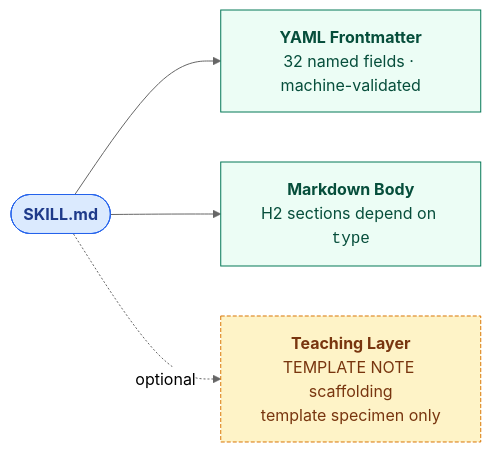
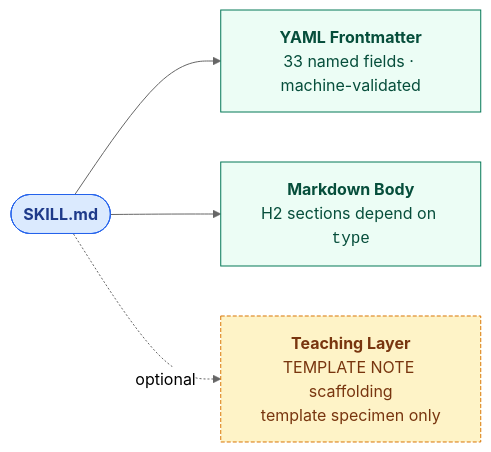
Before and after one commit to jacob-balslev/skill-graph: the diagram in docs/skill-metadata-protocol.md, drawn with Mermaid (neutral theme). The commit also changed 9 other files, not shown here.

````diff
--- a/docs/skill-metadata-protocol.md
+++ b/docs/skill-metadata-protocol.md
@@ -206,18 +206,18 @@
 ```mermaid
 flowchart LR
   Skill(["<b>SKILL.md</b>"])
-  FM["<b>YAML Frontmatter</b><br/>32 named fields · machine-validated"]
+  FM["<b>YAML Frontmatter</b><br/>33 named fields · machine-validated"]
   Body["<b>Markdown Body</b><br/>H2 sections depend on <code>type</code>"]
   Teach["<b>Teaching Layer</b><br/>TEMPLATE NOTE scaffolding<br/>template specimen only"]
 
   Skill --> FM
   Skill --> Body
   Skill -.->|optional| Teach
 
   classDef file fill:#dbeafe,stroke:#2563eb,color:#1e3a8a,font-weight:bold
   classDef layer fill:#ecfdf5,stroke:#047857,color:#064e3b
   classDef optional fill:#fef3c7,stroke:#d97706,color:#78350f,stroke-dasharray:4 2
   class Skill file
   class FM,Body layer
   class Teach optional
 ```
````
